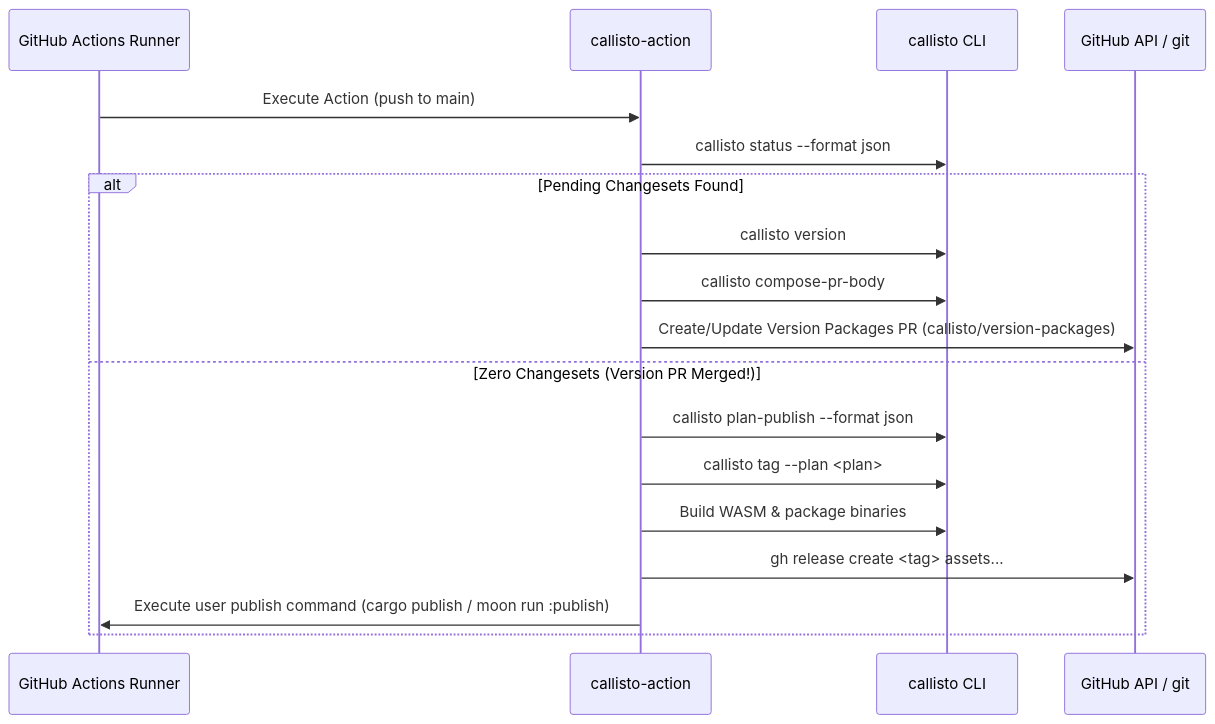
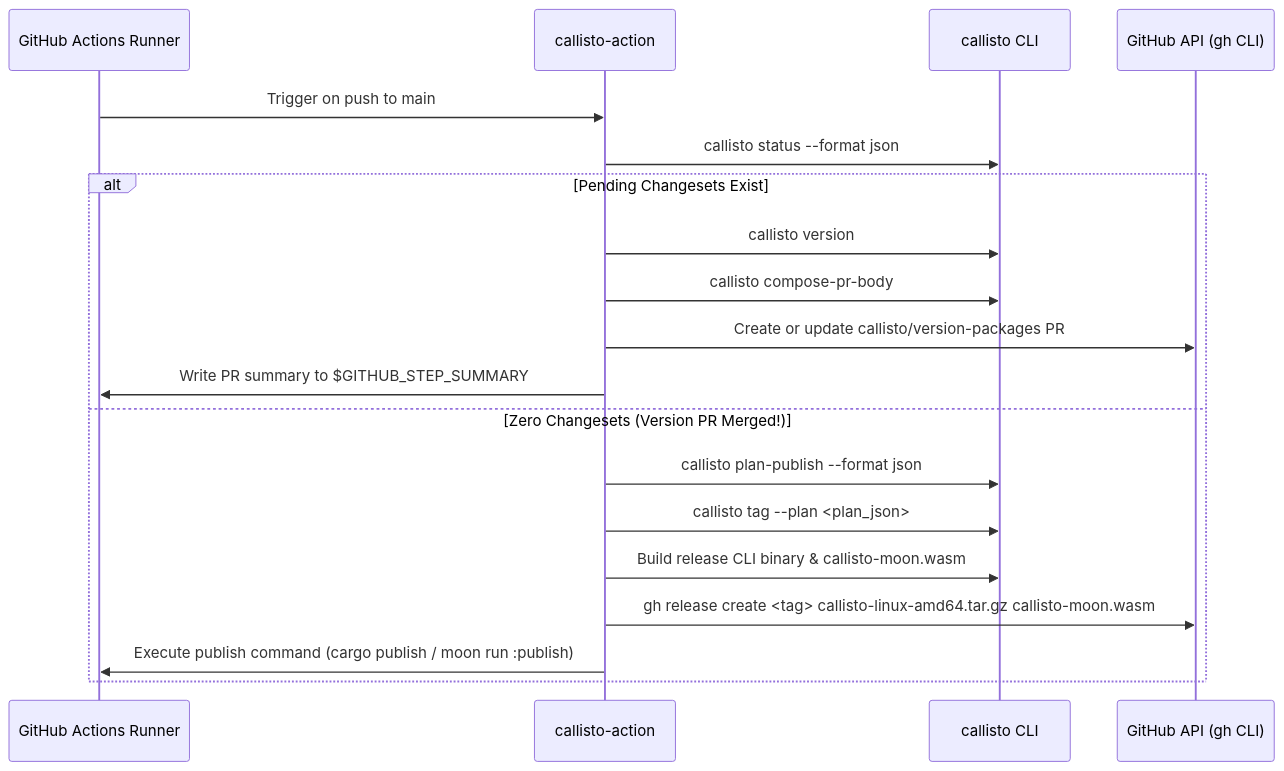
The fourth of 4 diagrams in ARCHITECTURE.md (orin-dx/callisto), drawn with Mermaid before and after one commit. The commit also changed other lines of this file and 26 other files, not shown here.

Commit message:
feat: add interactive 5-step Changesets wizard and human slug generator for callisto add

````diff
--- a/ARCHITECTURE.md
+++ b/ARCHITECTURE.md
@@ -148,22 +295,23 @@
 ```mermaid
 sequenceDiagram
-    participant GH as GitHub Actions Runner
+    participant Runner as GitHub Actions Runner
     participant Action as callisto-action
     participant CLI as callisto CLI
-    participant Git as GitHub API / git
+    participant GH as GitHub API (gh CLI)
 
-    GH->>Action: Execute Action (push to main)
+    Runner->>Action: Trigger on push to main
     Action->>CLI: callisto status --format json
     
-    alt Pending Changesets Found
+    alt Pending Changesets Exist
         Action->>CLI: callisto version
         Action->>CLI: callisto compose-pr-body
-        Action->>Git: Create/Update Version Packages PR (callisto/version-packages)
+        Action->>GH: Create or update callisto/version-packages PR
+        Action->>Runner: Write PR summary to $GITHUB_STEP_SUMMARY
     else Zero Changesets (Version PR Merged!)
         Action->>CLI: callisto plan-publish --format json
-        Action->>CLI: callisto tag --plan <plan>
-        Action->>CLI: Build WASM & package binaries
-        Action->>Git: gh release create <tag> assets...
-        Action->>GH: Execute user publish command (cargo publish / moon run :publish)
+        Action->>CLI: callisto tag --plan <plan_json>
+        Action->>CLI: Build release CLI binary & callisto-moon.wasm
+        Action->>GH: gh release create <tag> callisto-linux-amd64.tar.gz callisto-moon.wasm
+        Action->>Runner: Execute publish command (cargo publish / moon run :publish)
     end
 ```
````
